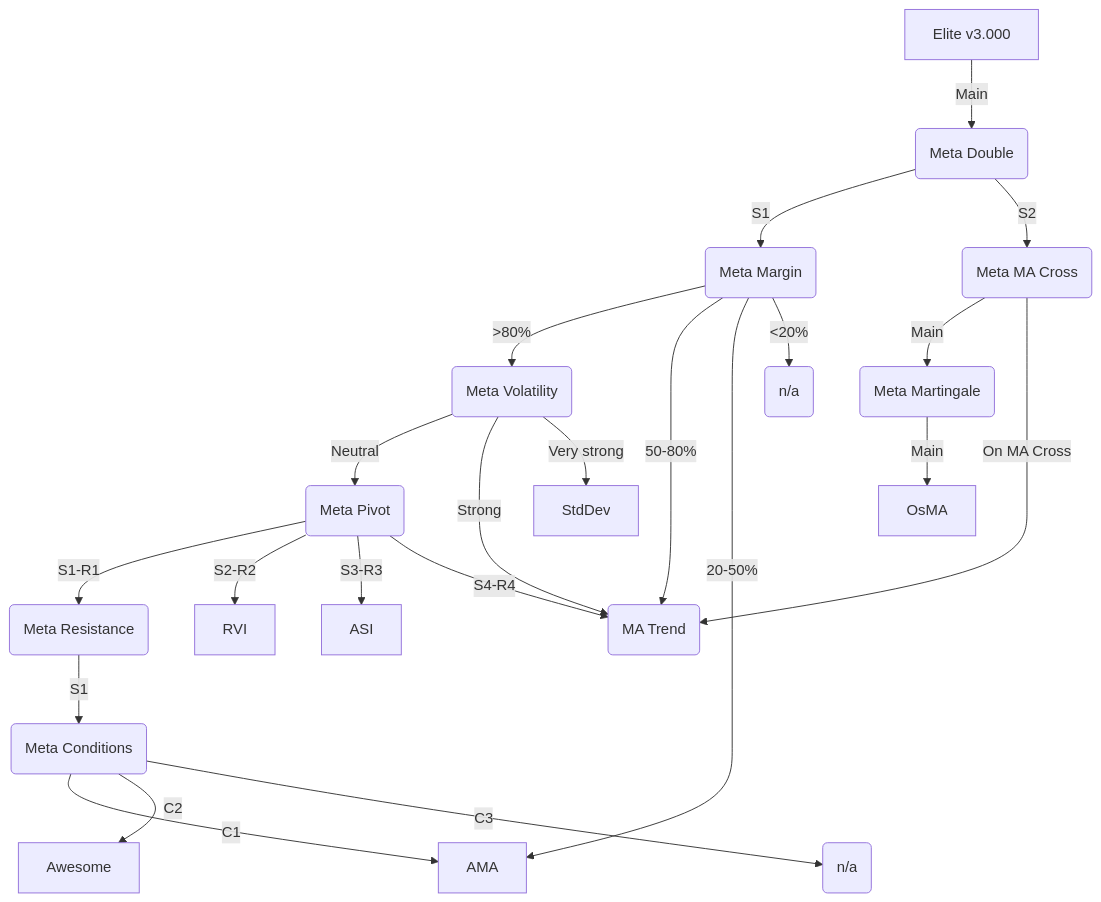
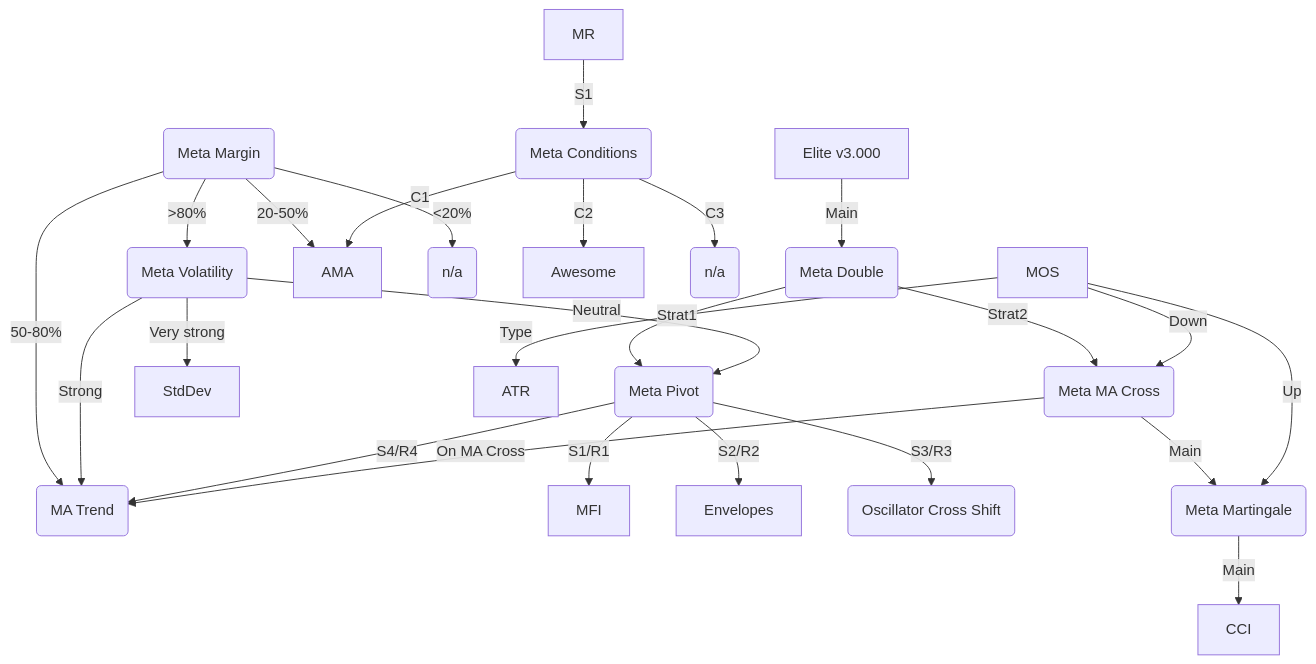
One commit to EA31337/EA31337 changed the second of 2 diagrams in src/include/common/elite/README.md. Above: the diagram before and after it, drawn with Mermaid. The commit also changed 3 other files, not shown here.

````diff
--- a/src/include/common/elite/README.md
+++ b/src/include/common/elite/README.md
@@ -16,31 +16,35 @@
 ```mermaid
 graph TD
     EA[Elite v3.000] -->|Main| MD(Meta Double)
-    MD --> |S1| MM(Meta Margin)
-    MD --> |S2| MMC(Meta MA Cross)
+    MD --> |Strat1| MP(Meta Pivot)
+    MD --> |Strat2| MMC(Meta MA Cross)
 
-    MM --> |>80%| MV(Meta Volatility)
+    MM(Meta Margin) --> |>80%| MV(Meta Volatility)
     MM --> |50-80%| MAT(MA Trend)
     MM --> |20-50%| AMA
     MM --> |<20%| NA1(n/a)
 
         MV --> |Neutral| MP(Meta Pivot)
         MV --> |Strong| MAT(MA Trend)
         MV --> |Very strong| StdDev
 
-            MP --> |S1-R1| MR(Meta Resistance)
-            MP --> |S2-R2| RVI
-            MP --> |S3-R3| ASI
-            MP --> |S4-R4| MAT(MA Trend)
+            MP --> |S1/R1| MFI
+            MP --> |S2/R2| Envelopes
+            MP --> |S3/R3| OCS(Oscillator Cross Shift)
+            MP --> |S4/R4| MAT(MA Trend)
 
                 MR --> |S1| MC(Meta Conditions)
 
                     MC --> |C1| AMA
                     MC --> |C2| Awesome
                     MC --> |C3| NA2(n/a)
 
     MMC --> |Main| MMG(Meta Martingale)
     MMC --> |On MA Cross| MAT(MA Trend)
 
-        MMG --> |Main| OsMA
+        MMG --> |Main| CCI
+
+    MOS --> |Type| ATR
+    MOS --> |Down| MMC(Meta MA Cross)
+    MOS --> |Up| MMG(Meta Martingale)
 ```
````
